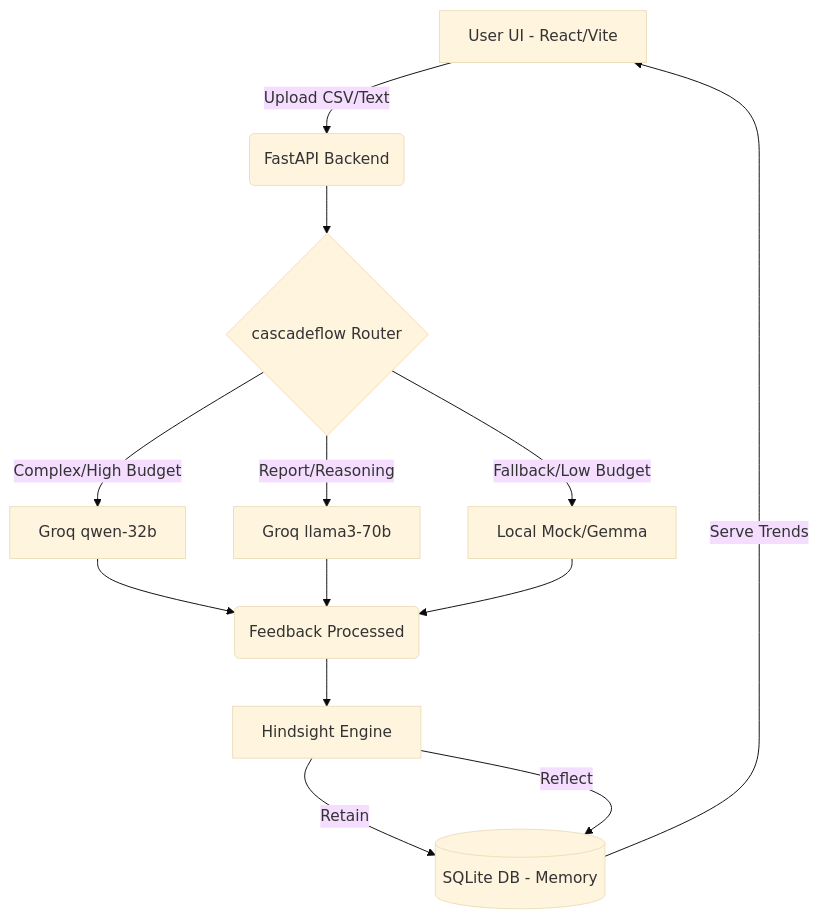
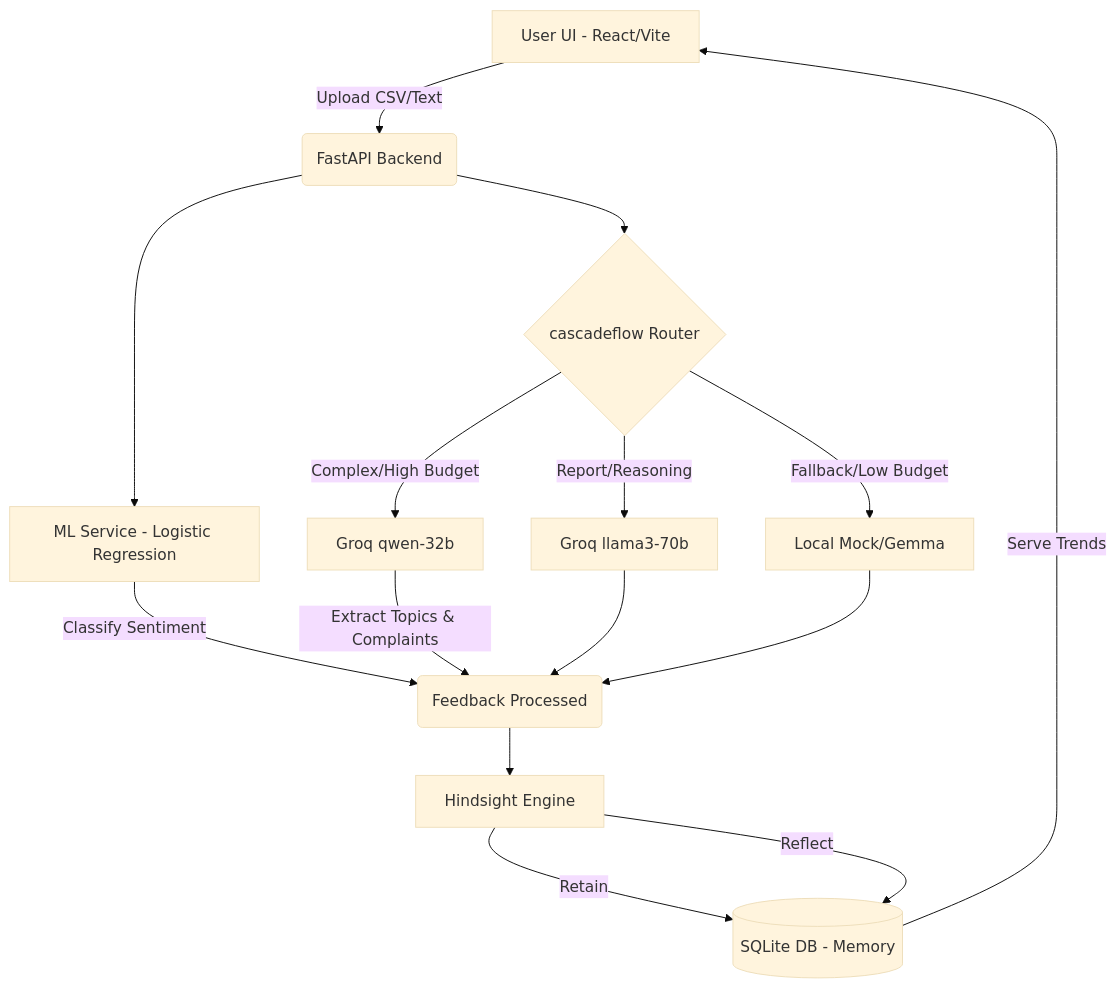
The diagram in README.md (Prince-Dubeyy/Customer-Feedback-Analytics-AI), drawn with Mermaid (base theme) before and after one commit. The commit also changed other lines of this file and 31 other files, not shown here.

````diff
--- a/README.md
+++ b/README.md
@@ -13,15 +11,17 @@
 ```mermaid
 graph TD
     A[User UI - React/Vite] -->|Upload CSV/Text| B(FastAPI Backend)
+    B --> M[ML Service - Logistic Regression]
+    M -->|Classify Sentiment| G(Feedback Processed)
     B --> C{cascadeflow Router}
     C -->|Complex/High Budget| D[Groq qwen-32b]
     C -->|Report/Reasoning| E[Groq llama3-70b]
     C -->|Fallback/Low Budget| F[Local Mock/Gemma]
-    D --> G(Feedback Processed)
+    D -->|Extract Topics & Complaints| G
     E --> G
     F --> G
     G --> H[Hindsight Engine]
     H -->|Retain| I[(SQLite DB - Memory)]
     H -->|Reflect| I
     I -->|Serve Trends| A
 ```
````
